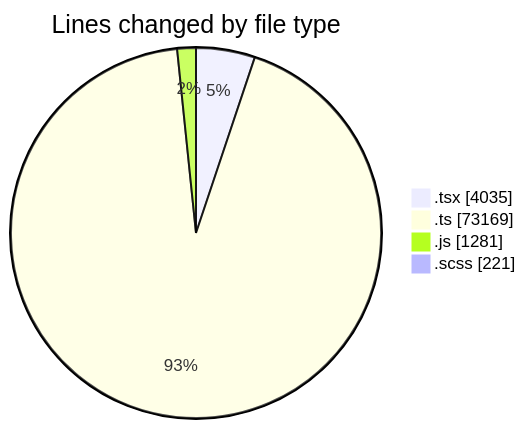
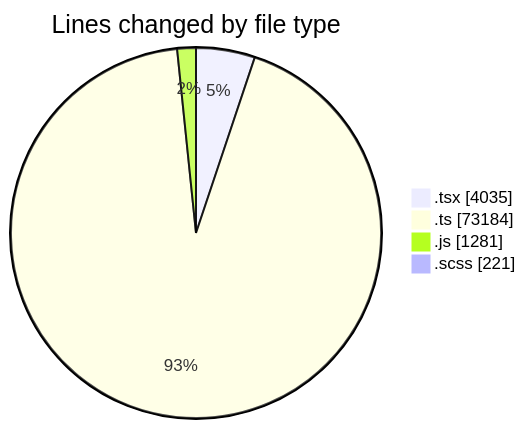
The first of 2 diagrams in 2026-11-09/cda/README.md (momahboobian/code-tracking), drawn with Mermaid before and after one commit. The commit also changed other lines of this file and 1 other file, not shown here.

````diff
--- a/2026-11-09/cda/README.md
+++ b/2026-11-09/cda/README.md
@@ -58,8 +59,8 @@
 ```mermaid
 pie showData
 title Lines changed by file type
 ".tsx" : 4035
-".ts" : 73169
+".ts" : 73184
 ".js" : 1281
 ".scss" : 221
 ```
````
